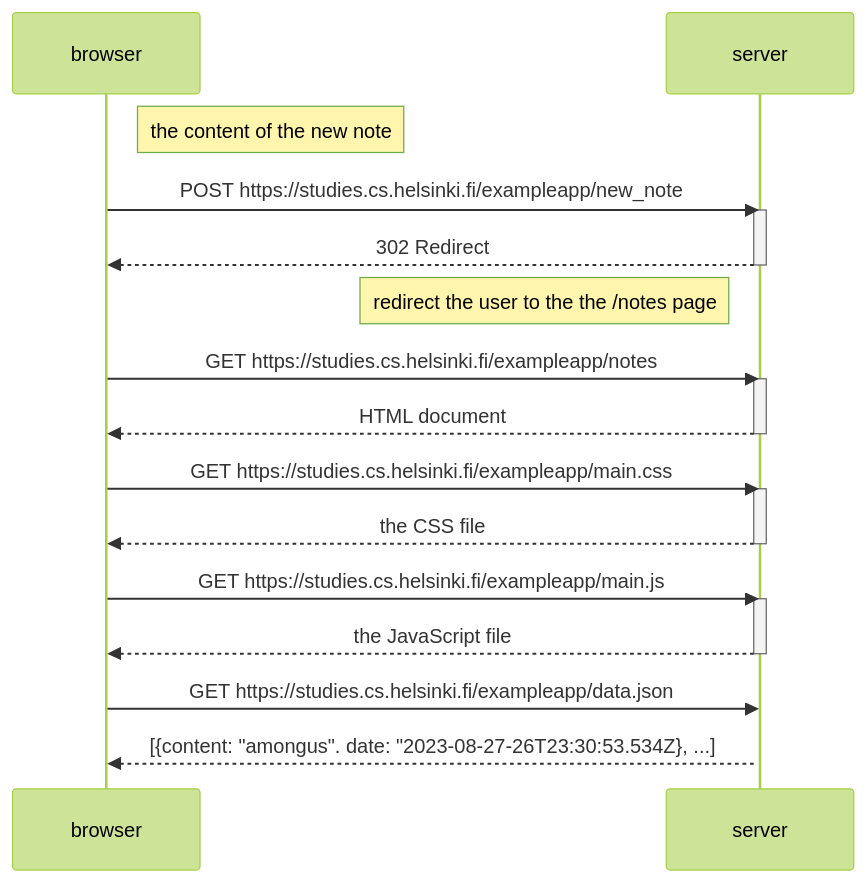
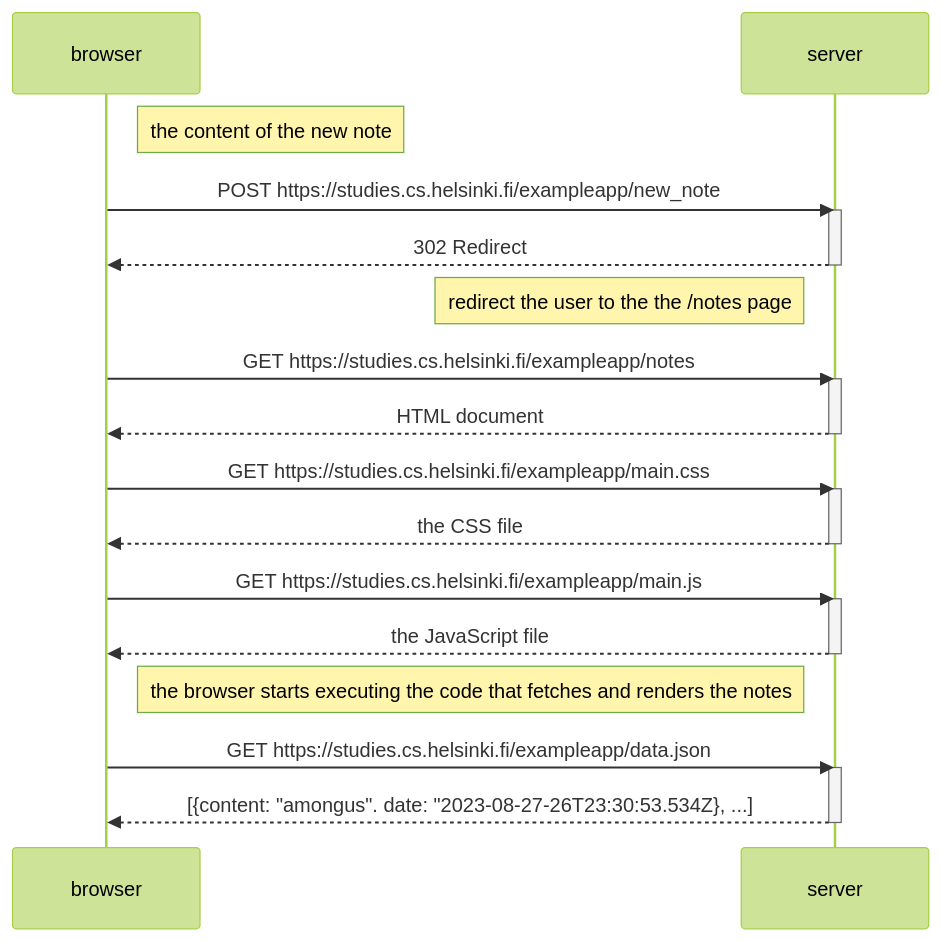
The diagram in part0/newnotediagram/mermaid.md (muhammadspace/fullstack-open), drawn with Mermaid (forest theme) before and after one commit.

Commit message:
modified diagram

````diff
--- a/part0/newnotediagram/mermaid.md
+++ b/part0/newnotediagram/mermaid.md
@@ -1,32 +1,35 @@
 ```mermaid
 sequenceDiagram
 
     participant browser
     participant server
 
     note right of browser: the content of the new note
     browser->>server: POST https://studies.cs.helsinki.fi/exampleapp/new_note
     activate server
     server-->>browser: 302 Redirect
     deactivate server
     note left of server: redirect the user to the the /notes page
 
     browser->>server: GET https://studies.cs.helsinki.fi/exampleapp/notes
     activate server
     server-->>browser: HTML document
     deactivate server
 
     browser->>server: GET https://studies.cs.helsinki.fi/exampleapp/main.css
     activate server
     server-->>browser: the CSS file
     deactivate server
 
     browser->>server: GET https://studies.cs.helsinki.fi/exampleapp/main.js
     activate server
     server-->>browser: the JavaScript file
     deactivate server
 
+    note right of browser: the browser starts executing the code that fetches and renders the notes
+
     browser->>server: GET https://studies.cs.helsinki.fi/exampleapp/data.json
     activate server
     server-->>browser: [{content: "amongus". date: "2023-08-27-26T23:30:53.534Z}, ...]
+    deactivate server
 ```
````
